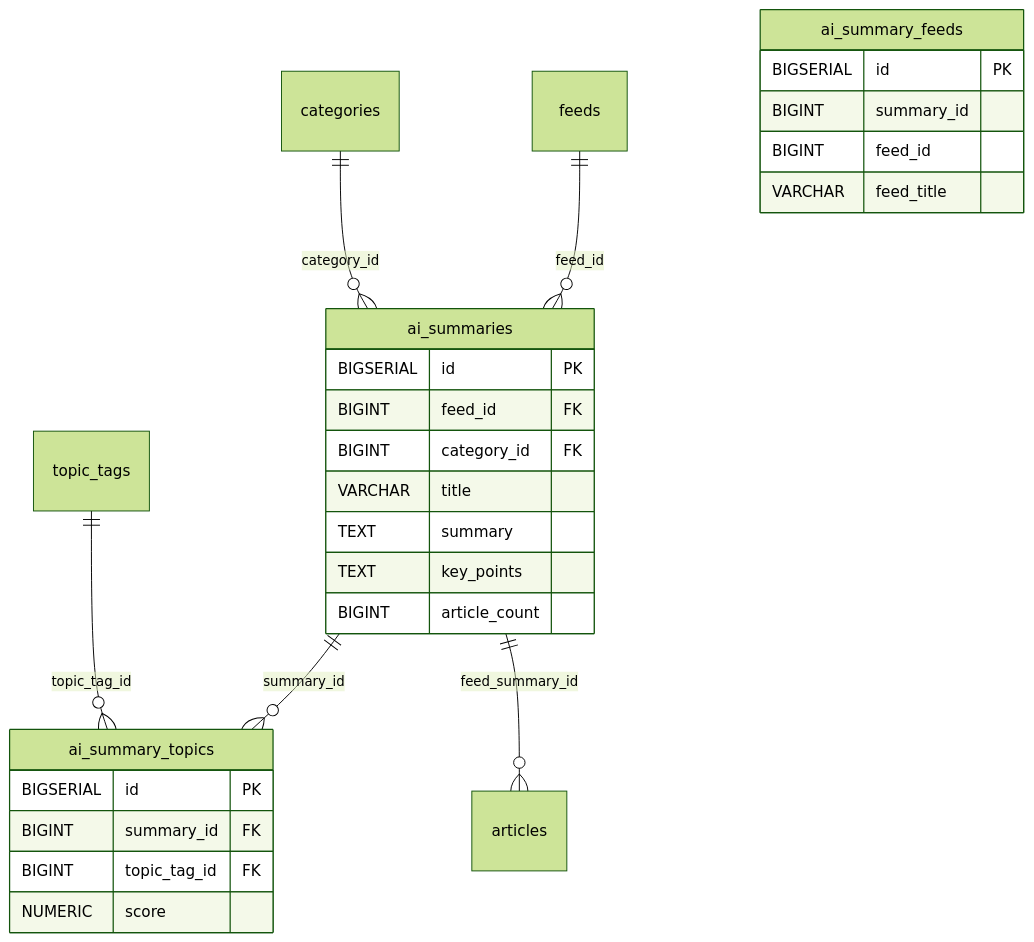
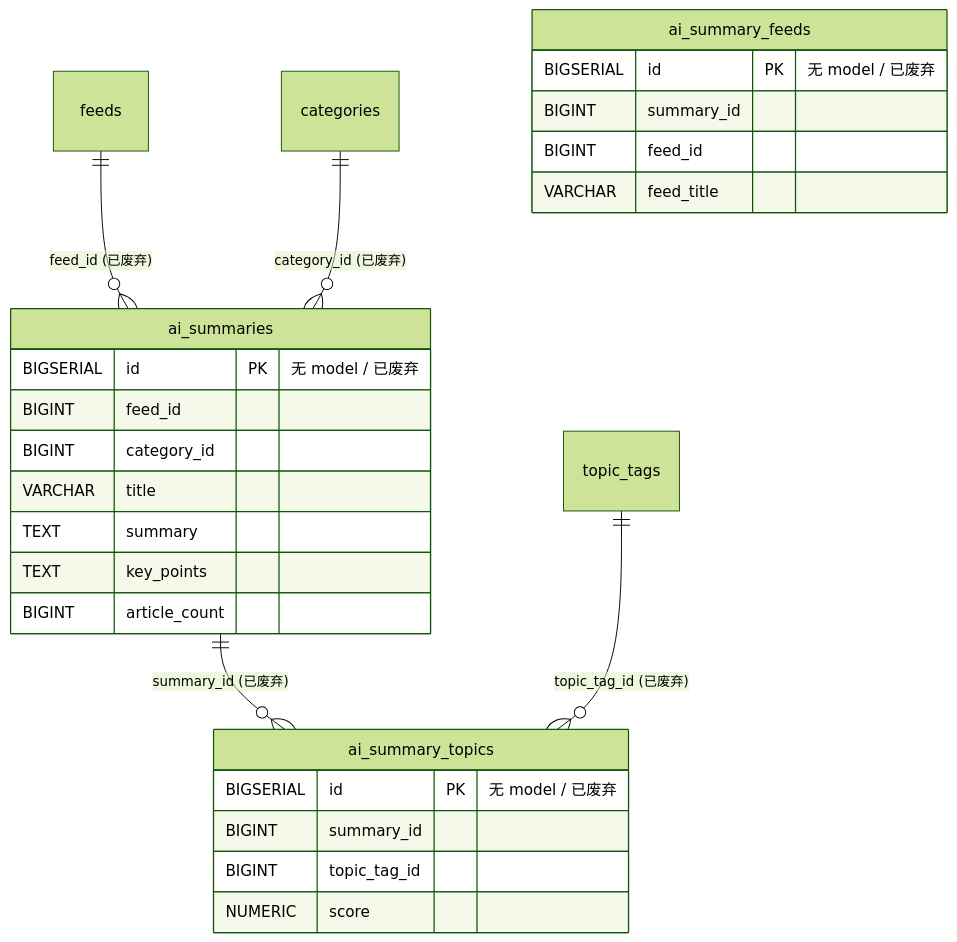
Before and after one commit to ZanebonoAlter/my-robot: the fourth of 8 diagrams in docs/reference/database/ER_DIAGRAM.md, drawn with Mermaid (forest theme). The commit also changed other lines of this file and 50 other files, not shown here.

````diff
--- a/docs/reference/database/ER_DIAGRAM.md
+++ b/docs/reference/database/ER_DIAGRAM.md
@@ -279,30 +291,29 @@
 ```mermaid
 erDiagram
-    feeds ||--o{ ai_summaries : "feed_id"
-    categories ||--o{ ai_summaries : "category_id"
-    ai_summaries ||--o{ ai_summary_topics : "summary_id"
-    ai_summaries ||--o{ articles : "feed_summary_id"
-    topic_tags ||--o{ ai_summary_topics : "topic_tag_id"
+    feeds ||--o{ ai_summaries : "feed_id (已废弃)"
+    categories ||--o{ ai_summaries : "category_id (已废弃)"
+    ai_summaries ||--o{ ai_summary_topics : "summary_id (已废弃)"
+    topic_tags ||--o{ ai_summary_topics : "topic_tag_id (已废弃)"
 
     ai_summaries {
-        BIGSERIAL id PK
-        BIGINT feed_id FK
-        BIGINT category_id FK
+        BIGSERIAL id PK "无 model / 已废弃"
+        BIGINT feed_id
+        BIGINT category_id
         VARCHAR title
         TEXT summary
         TEXT key_points
         BIGINT article_count
     }
     ai_summary_feeds {
-        BIGSERIAL id PK
+        BIGSERIAL id PK "无 model / 已废弃"
         BIGINT summary_id
         BIGINT feed_id
         VARCHAR feed_title
     }
     ai_summary_topics {
-        BIGSERIAL id PK
-        BIGINT summary_id FK
-        BIGINT topic_tag_id FK
+        BIGSERIAL id PK "无 model / 已废弃"
+        BIGINT summary_id
+        BIGINT topic_tag_id
         NUMERIC score
     }
 ```
````
